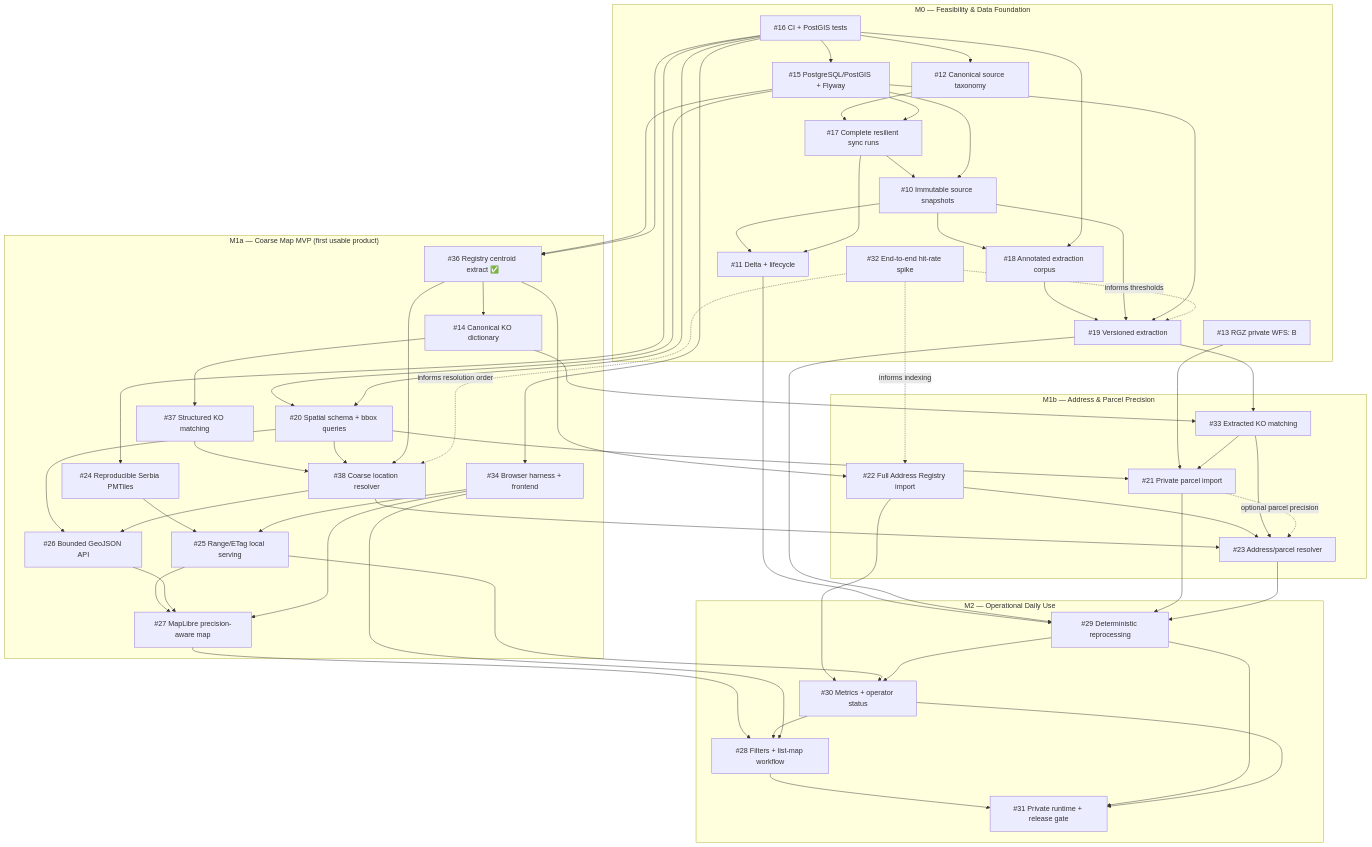
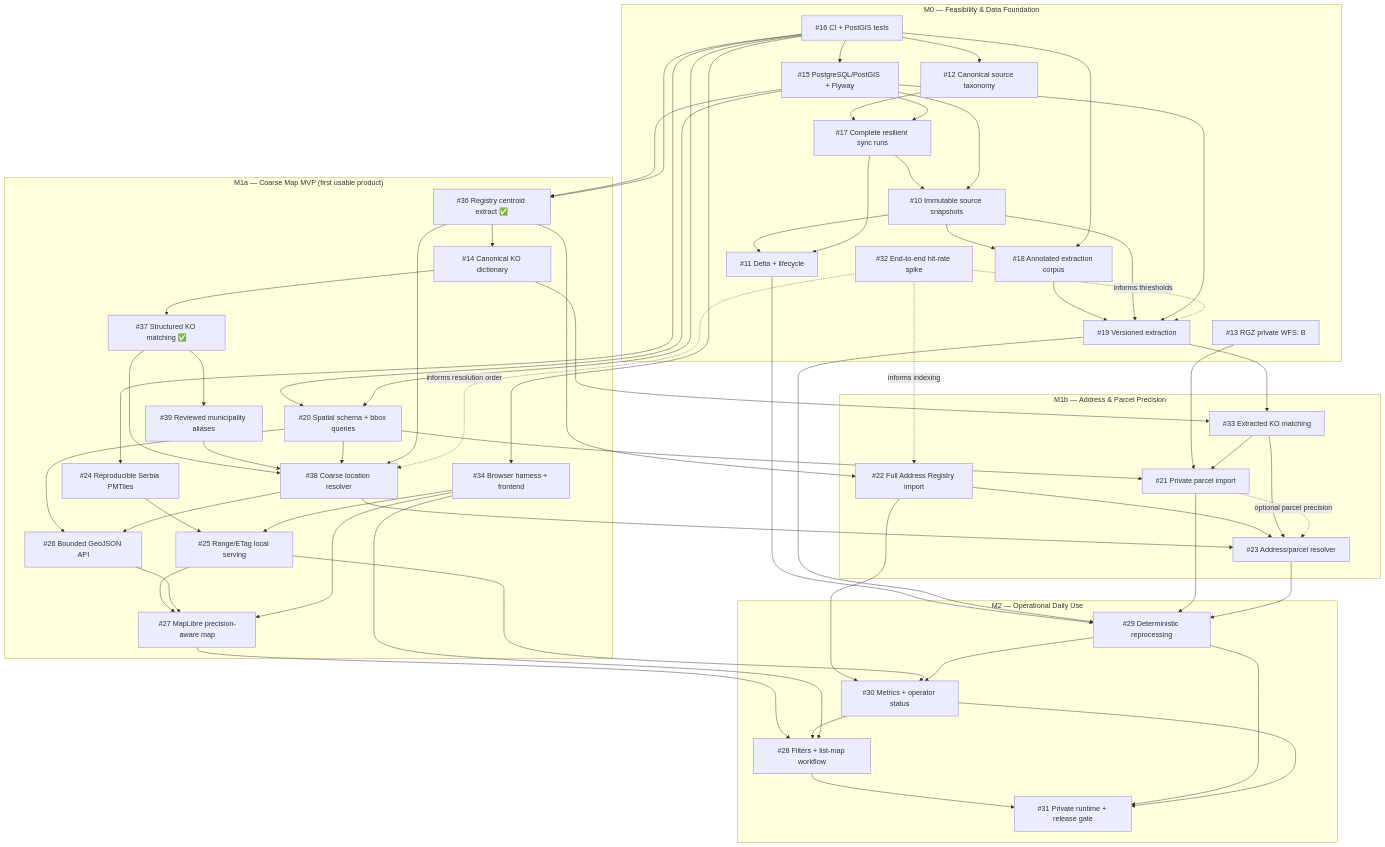
Before and after one commit to brzivoz/aukcije_core: the diagram in documentation/IMPLEMENTATION_ROADMAP.md, drawn with Mermaid. The commit also changed other lines of this file and 9 other files, not shown here.

```diff
--- a/documentation/IMPLEMENTATION_ROADMAP.md
+++ b/documentation/IMPLEMENTATION_ROADMAP.md
@@ -156,7 +156,8 @@
         I34["#34 Browser harness + frontend"]
         I20["#20 Spatial schema + bbox queries"]
         I14["#14 Canonical KO dictionary"]
-        I37["#37 Structured KO matching"]
+        I37["#37 Structured KO matching ✅"]
+        I39["#39 Reviewed municipality aliases"]
         I38["#38 Coarse location resolver"]
         I25["#25 Range/ETag local serving"]
         I26["#26 Bounded GeoJSON API"]
@@ -170,7 +171,9 @@
         I16 --> I20
         I36 --> I14
         I14 --> I37
+        I37 --> I39
         I37 --> I38
+        I39 --> I38
         I20 --> I38
         I36 --> I38
         I20 --> I26
```
